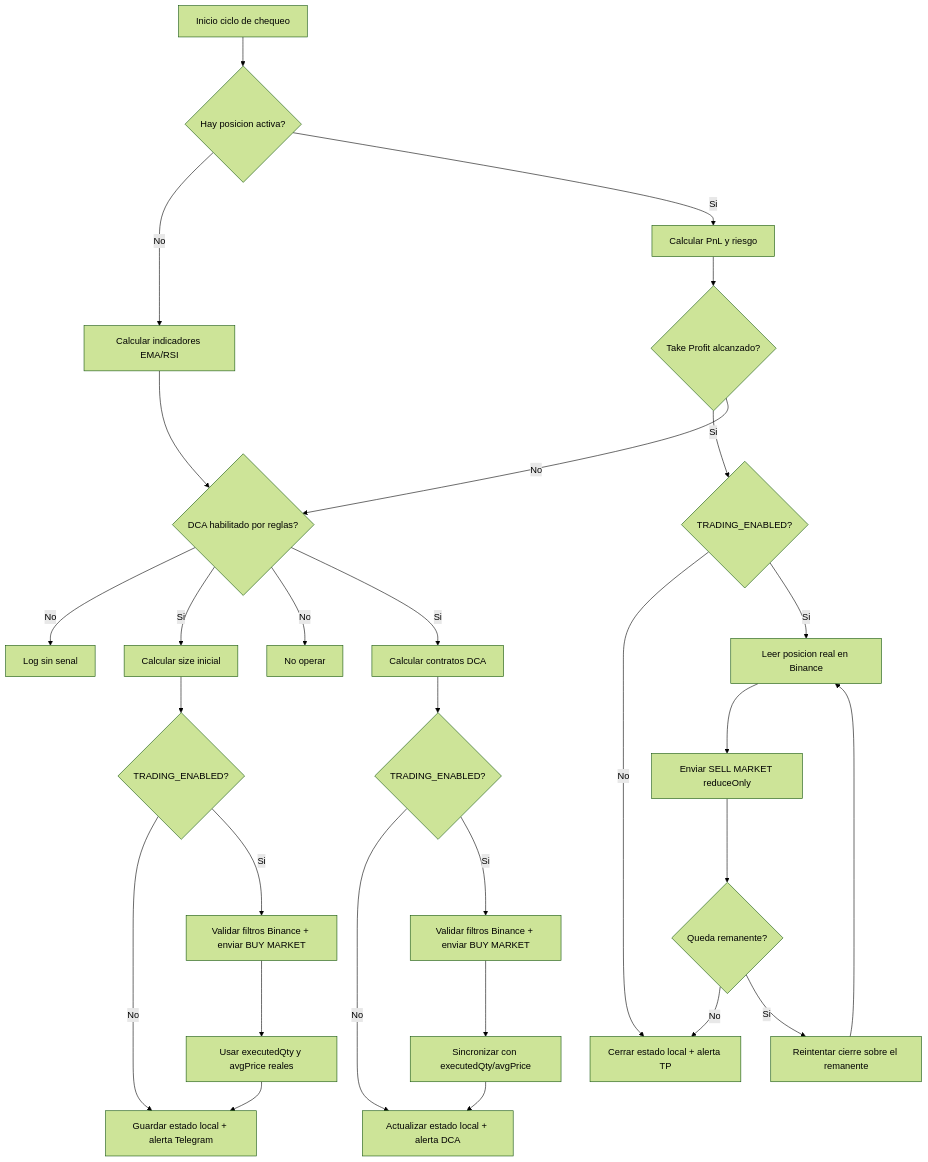
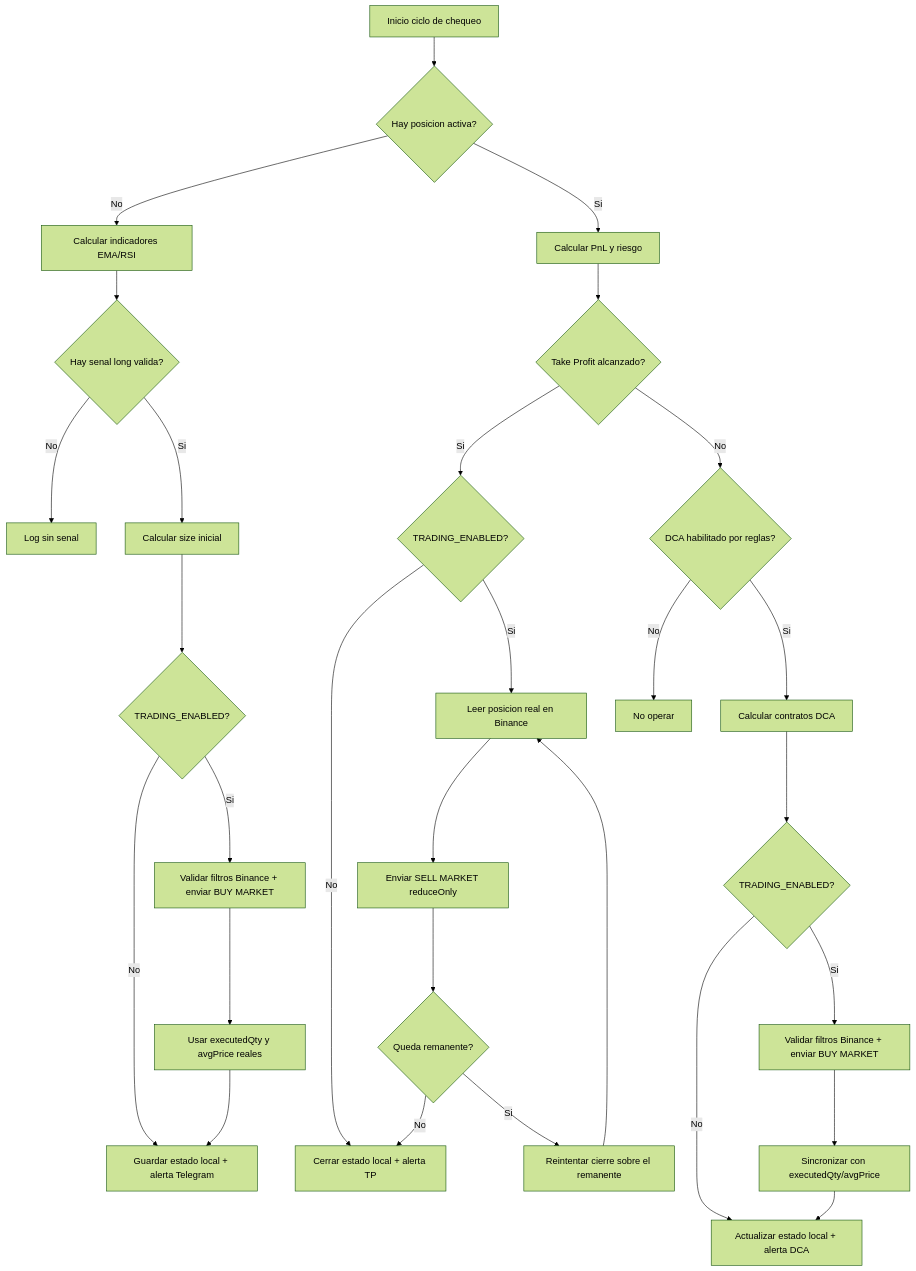
Before and after one commit to marcelofb/botCryptoLongStrategy: the first of 2 diagrams in README.md, drawn with Mermaid (forest theme).

````diff
--- a/README.md
+++ b/README.md
@@ -48,34 +48,34 @@
 ```mermaid
 flowchart TD
     A[Inicio ciclo de chequeo] --> B{Hay posicion activa?}
 
     B -- No --> C[Calcular indicadores EMA/RSI]
     C --> D{Hay senal long valida?}
     D -- No --> E[Log sin senal]
     D -- Si --> F[Calcular size inicial]
     F --> G{TRADING_ENABLED?}
     G -- No --> H[Guardar estado local + alerta Telegram]
     G -- Si --> I[Validar filtros Binance + enviar BUY MARKET]
     I --> J[Usar executedQty y avgPrice reales]
     J --> H
 
     B -- Si --> K[Calcular PnL y riesgo]
     K --> L{Take Profit alcanzado?}
     L -- Si --> M{TRADING_ENABLED?}
     M -- No --> N[Cerrar estado local + alerta TP]
     M -- Si --> O[Leer posicion real en Binance]
     O --> P[Enviar SELL MARKET reduceOnly]
     P --> Q{Queda remanente?}
     Q -- No --> N
     Q -- Si --> R[Reintentar cierre sobre el remanente]
     R --> O
 
-    L -- No --> D{DCA habilitado por reglas?}
-    D -- No --> S[No operar]
-    D -- Si --> T[Calcular contratos DCA]
-    T --> U{TRADING_ENABLED?}
-    U -- No --> V[Actualizar estado local + alerta DCA]
-    U -- Si --> W[Validar filtros Binance + enviar BUY MARKET]
-    W --> X[Sincronizar con executedQty/avgPrice]
-    X --> V
+  L -- No --> S{DCA habilitado por reglas?}
+  S -- No --> T[No operar]
+  S -- Si --> U[Calcular contratos DCA]
+  U --> V{TRADING_ENABLED?}
+  V -- No --> W[Actualizar estado local + alerta DCA]
+  V -- Si --> X[Validar filtros Binance + enviar BUY MARKET]
+  X --> Y[Sincronizar con executedQty/avgPrice]
+  Y --> W
 ```
````
